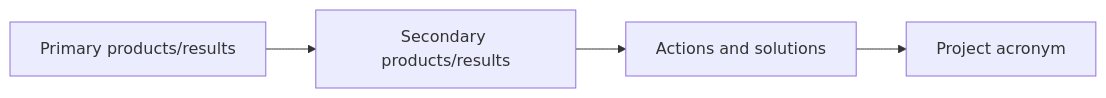
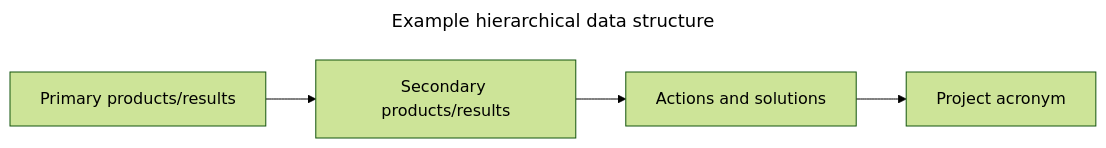
One commit to VCityTeam/PEPR-VDBI changed the second of 2 diagrams in data-visualization/src/test-tree.md. Above: the diagram before and after it, drawn with Mermaid. The commit also changed other lines of this file and 8 other files, not shown here.

Commit message:
update mermaid themes for light backgrounds

````diff
--- a/data-visualization/src/test-tree.md
+++ b/data-visualization/src/test-tree.md
@@ -117,7 +122,12 @@
 ```mermaid
+---
+title: Example hierarchical data structure
+config:
+  theme: forest
+---
 flowchart LR
     A[Primary products/results] --> B
     B[Secondary products/results] --> C
     C[Actions and solutions] --> D
     D[Project acronym]
 ```
````
